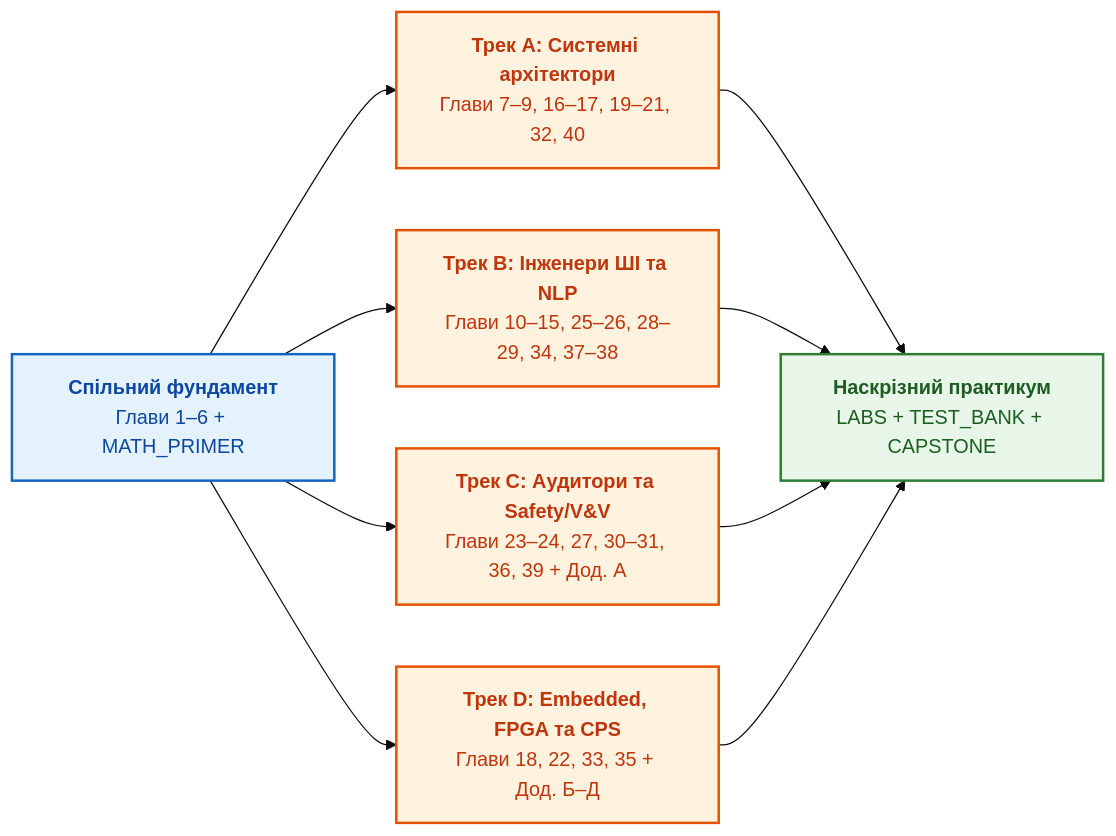
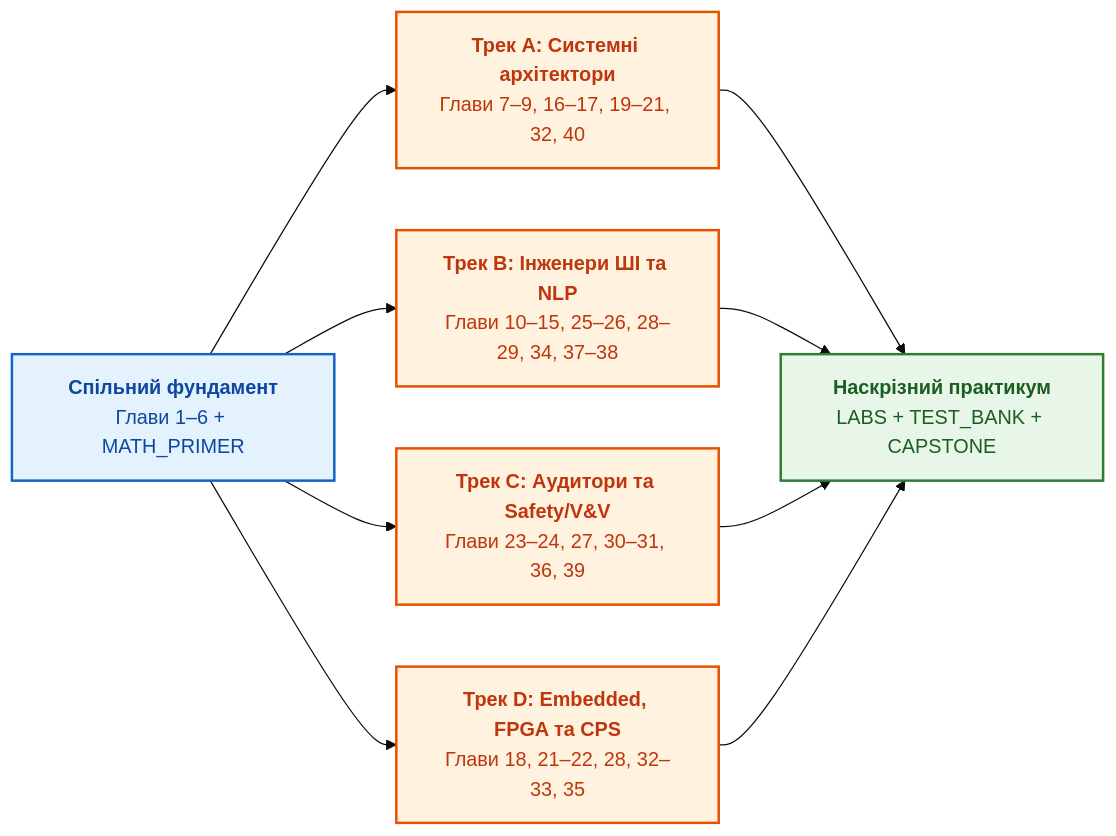
Before and after one commit to nick-fedchik/articles: the first of 2 diagrams in ExpertSystem/README.md, drawn with Mermaid (base theme). The commit also changed other lines of this file and 375 other files, not shown here.

````diff
--- a/ExpertSystem/README.md
+++ b/ExpertSystem/README.md
@@ -44,25 +44,25 @@
 ```mermaid
 flowchart LR
     accTitle: Граф навігації за чотирма інженерними треками читання монографії
     accDescr: Спільний концептуальний фундамент Глав 1-6 розгалужується на чотири спеціалізовані треки: Архітектура, NeSy/NLP, Безпека/Верифікація та Embedded/Edge.
 
     CORE["<b>Спільний фундамент</b><br/>Глави 1–6 + MATH_PRIMER"]
 
     T_ARCH["<b>Трек A: Системні архітектори</b><br/>Глави 7–9, 16–17, 19–21, 32, 40"]
     T_NESY["<b>Трек B: Інженери ШІ та NLP</b><br/>Глави 10–15, 25–26, 28–29, 34, 37–38"]
-    T_SAFE["<b>Трек C: Аудитори та Safety/V&V</b><br/>Глави 23–24, 27, 30–31, 36, 39 + Дод. А"]
-    T_EDGE["<b>Трек D: Embedded, FPGA та CPS</b><br/>Глави 18, 22, 33, 35 + Дод. Б–Д"]
+    T_SAFE["<b>Трек C: Аудитори та Safety/V&V</b><br/>Глави 23–24, 27, 30–31, 36, 39"]
+    T_EDGE["<b>Трек D: Embedded, FPGA та CPS</b><br/>Глави 18, 21–22, 28, 32–33, 35"]
 
     CAP["<b>Наскрізний практикум</b><br/>LABS + TEST_BANK + CAPSTONE"]
 
     CORE --> T_ARCH & T_NESY & T_SAFE & T_EDGE
     T_ARCH & T_NESY & T_SAFE & T_EDGE --> CAP
 
     classDef core fill:#e3f2fd,stroke:#1565c0,stroke-width:2px,color:#0d47a1;
     classDef track fill:#fff3e0,stroke:#e65100,stroke-width:2px,color:#bf360c;
     classDef cap fill:#e8f5e9,stroke:#2e7d32,stroke-width:2px,color:#1b5e20;
 
     class CORE core;
     class T_ARCH,T_NESY,T_SAFE,T_EDGE track;
     class CAP cap;
 ```
````
